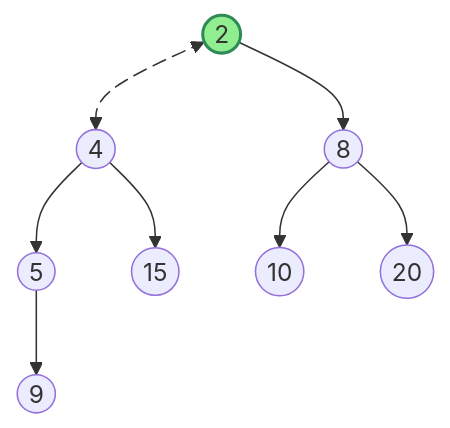
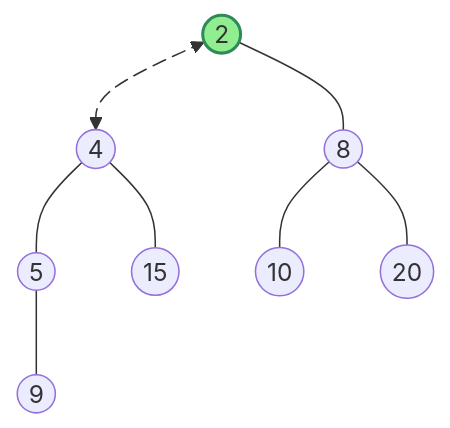
One commit to ruslylove/datastruct changed the seventh of 17 diagrams in lectures/lect-11-Heap.md. Above: the diagram before and after it, drawn with Mermaid. The commit also changed other lines of this file, not shown here.

Commit message:
update diagram and bottom-up heap theorem.

````diff
--- a/lectures/lect-11-Heap.md
+++ b/lectures/lect-11-Heap.md
@@ -266,13 +266,13 @@
 ```mermaid 
 graph TD
     A((2)) e1@<--> B((4))
-    A --> C((8))
-    B --> D((5))
-    B --> E((15))
-    C --> F((10))
-    C --> G((20))
-    D --> H((9))
+    A --- C((8))
+    B --- D((5))
+    B --- E((15))
+    C --- F((10))
+    C --- G((20))
+    D --- H((9))
 
     e1@{ animate : true }
     style A fill:#90EE90,stroke:#2E8B57,stroke-width:2px
 ```
````
